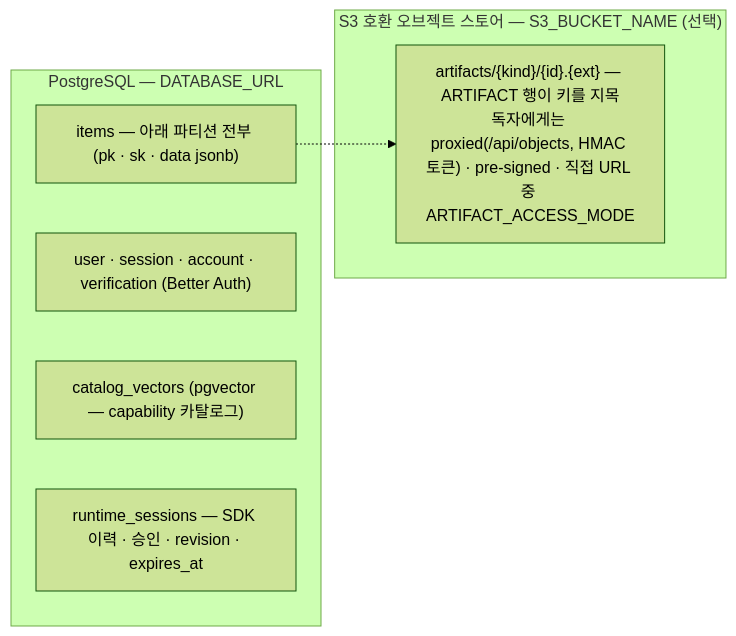
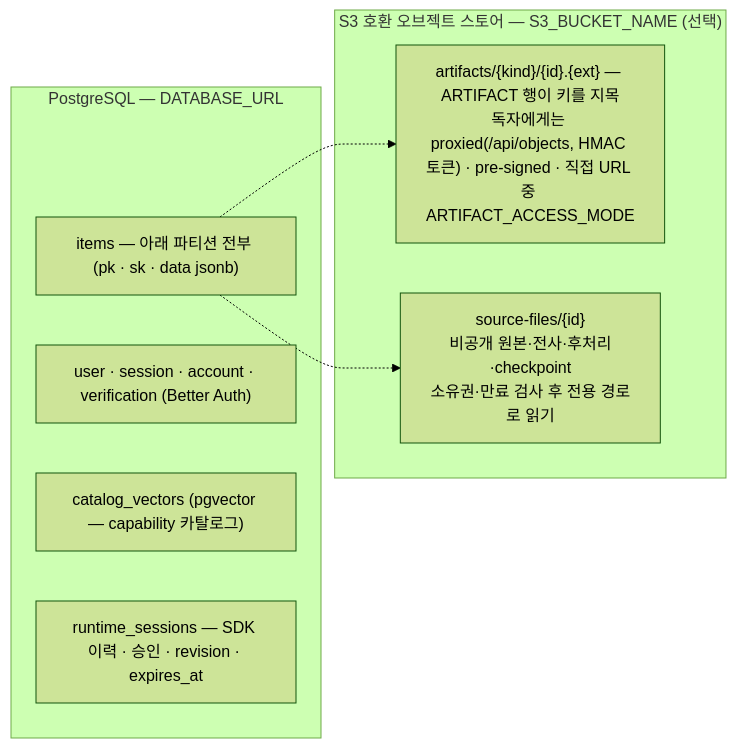
One commit to opspresso/agent-studio changed the sixth of 9 diagrams in docs/DIAGRAMS.md. Above: the diagram before and after it, drawn with Mermaid (forest theme). The commit also changed other lines of this file and 27 other files, not shown here.

````diff
--- a/docs/DIAGRAMS.md
+++ b/docs/DIAGRAMS.md
@@ -216,13 +219,15 @@
 ```mermaid
 flowchart LR
   subgraph db["PostgreSQL — DATABASE_URL"]
     items["items — 아래 파티션 전부 (pk · sk · data jsonb)"]
     auth["user · session · account · verification (Better Auth)"]
     vectors["catalog_vectors (pgvector — capability 카탈로그)"]
     sessions["runtime_sessions — SDK 이력 · 승인 · revision · expires_at"]
   end
   subgraph objects["S3 호환 오브젝트 스토어 — S3_BUCKET_NAME (선택)"]
     objs["artifacts/{kind}/{id}.{ext} — ARTIFACT 행이 키를 지목<br/>독자에게는 proxied(/api/objects, HMAC 토큰) · pre-signed · 직접 URL 중 ARTIFACT_ACCESS_MODE"]
+    sources["source-files/{id}<br/>비공개 원본·전사·후처리·checkpoint<br/>소유권·만료 검사 후 전용 경로로 읽기"]
   end
   items -.-> objs
+  items -.-> sources
 ```
````
